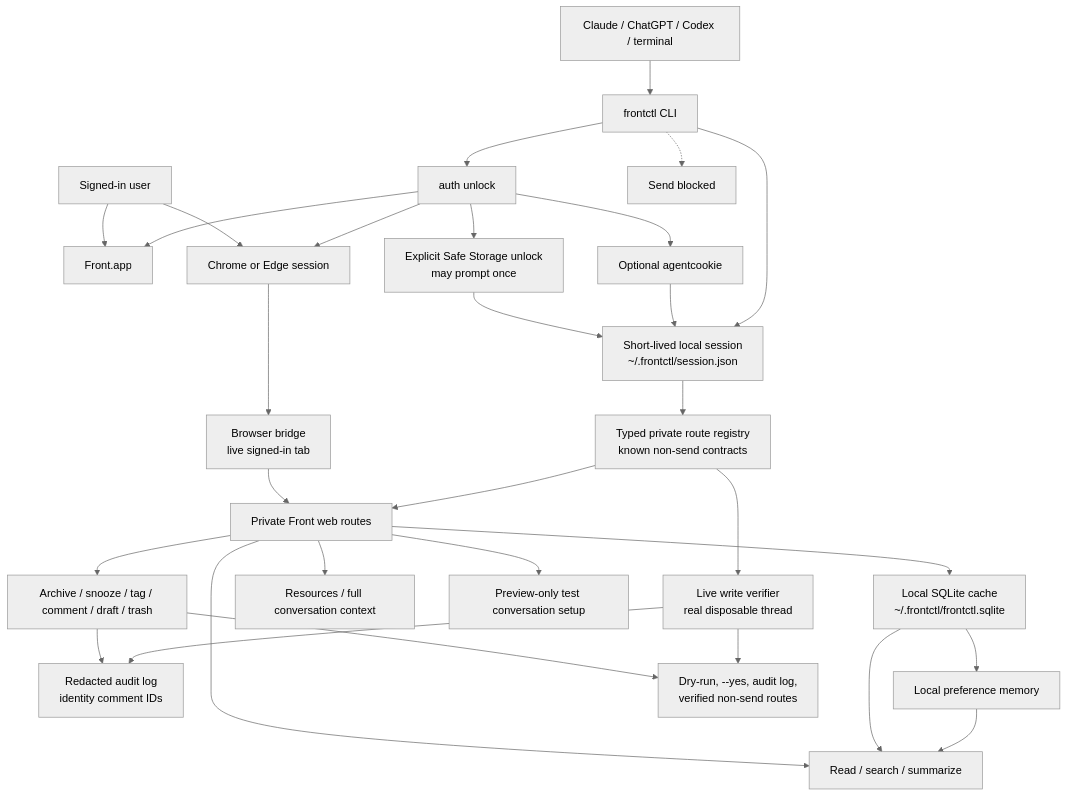
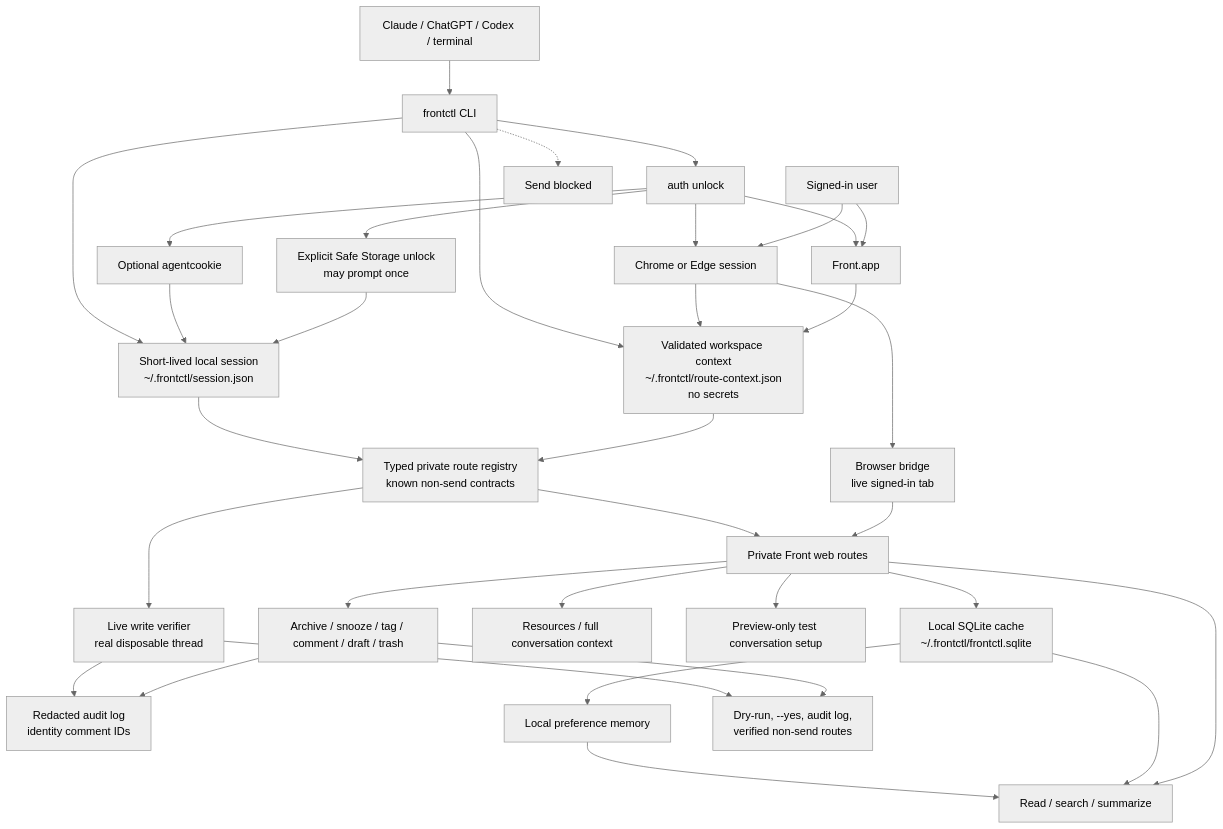
The diagram in README.md (arjshiv/frontctl), drawn with Mermaid (neutral theme) before and after one commit. The commit also changed other lines of this file and 6 other files, not shown here.

````diff
--- a/README.md
+++ b/README.md
@@ -235,55 +242,60 @@
 ```mermaid
 flowchart TD
   user["Signed-in user"]
   agent["Claude / ChatGPT / Codex / terminal"]
   cli["frontctl CLI"]
   app["Front.app"]
   browser["Chrome or Edge session"]
   bridge["Browser bridge<br/>live signed-in tab"]
   agentcookie["Optional agentcookie"]
   unlock["auth unlock"]
   keychain["Explicit Safe Storage unlock<br/>may prompt once"]
   session["Short-lived local session<br/>~/.frontctl/session.json"]
+  context["Validated workspace context<br/>~/.frontctl/route-context.json<br/>no secrets"]
   routes["Typed private route registry<br/>known non-send contracts"]
   live["Private Front web routes"]
   verify["Live write verifier<br/>real disposable thread"]
   cache["Local SQLite cache<br/>~/.frontctl/frontctl.sqlite"]
   audit["Redacted audit log<br/>identity comment IDs"]
   memory["Local preference memory"]
   read["Read / search / summarize"]
   resources["Resources / full conversation context"]
   test["Preview-only test conversation setup"]
   write["Archive / snooze / tag / comment / draft / trash"]
   safety["Dry-run, --yes, audit log,<br/>verified non-send routes"]
   blocked["Send blocked"]
 
   user --> app
   user --> browser
   agent --> cli
   cli --> unlock
   unlock --> app
   unlock --> browser
   unlock --> agentcookie
   unlock --> keychain
   keychain --> session
   agentcookie --> session
   browser --> bridge
   bridge --> live
   cli --> session
+  app --> context
+  browser --> context
+  cli --> context
+  context --> routes
   session --> routes
   routes --> live
   routes --> verify
   live --> read
   live --> resources
   live --> test
   live --> write
   live --> cache
   cache --> read
   cache --> memory
   memory --> read
   write --> safety
   write --> audit
   verify --> safety
   verify --> audit
   cli -.-> blocked
 ```
````
